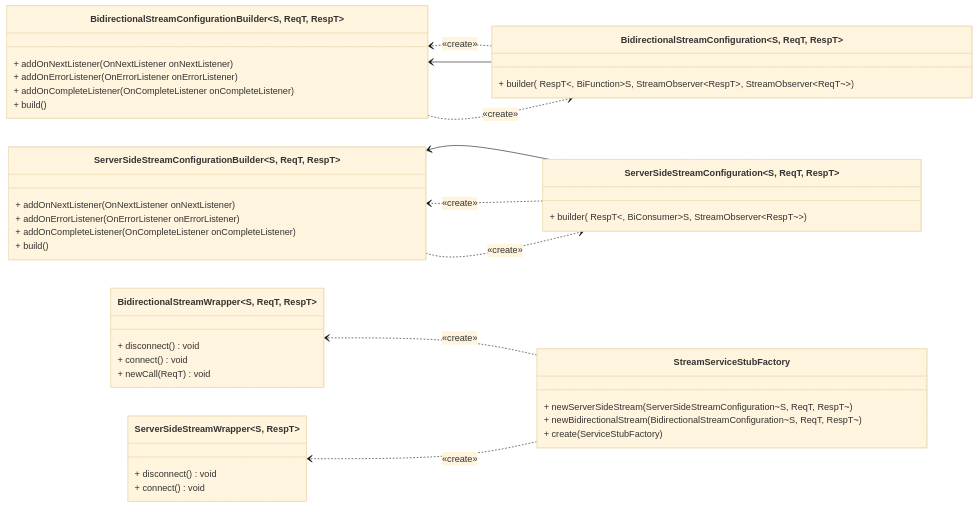
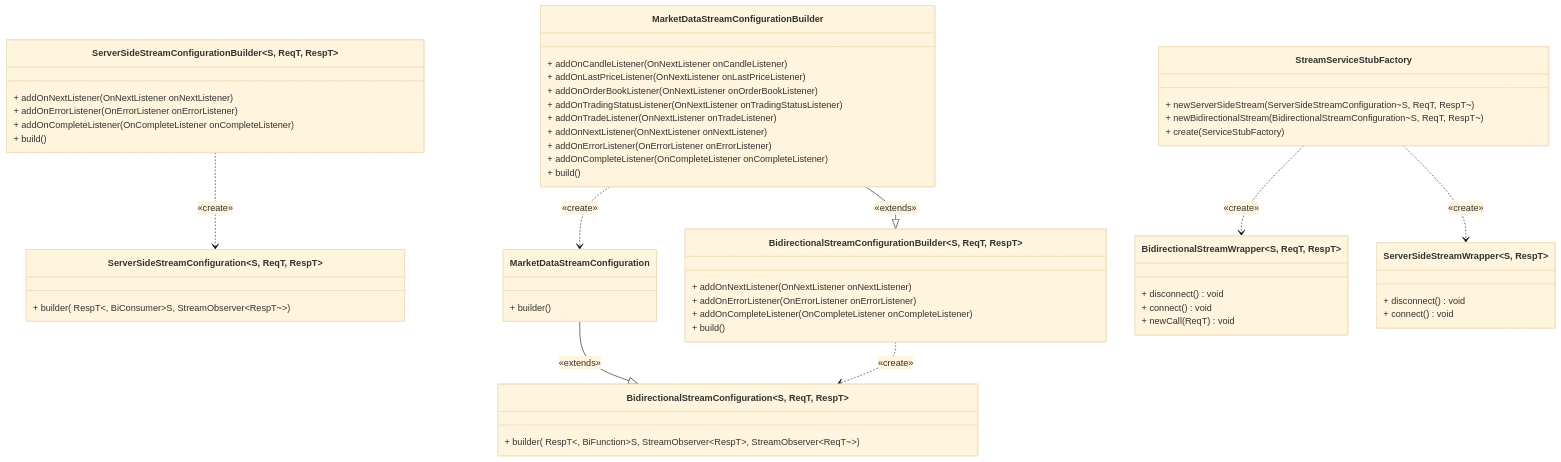
The second of 3 diagrams in core/README.md (RussianInvestments/invest-api-java-sdk), drawn with Mermaid (base theme) before and after one commit. The commit also changed other lines of this file and 2 other files, not shown here.

````diff
--- a/core/README.md
+++ b/core/README.md
@@ -131,45 +163,58 @@
 ```mermaid
 classDiagram
-direction RL
+direction TB
 class BidirectionalStreamConfiguration~S, ReqT, RespT~ {
   + builder(Function~Channel, S~, MethodDescriptor~ReqT, RespT~, BiFunction~S, StreamObserver~RespT~, StreamObserver~ReqT~~)
+}
+class MarketDataStreamConfiguration {
+  + builder()
 }
 class ServerSideStreamConfiguration~S, ReqT, RespT~ {
   + builder(Function~Channel, S~, MethodDescriptor~ReqT, RespT~, BiConsumer~S, StreamObserver~RespT~~)
 }
 class BidirectionalStreamWrapper~S, ReqT, RespT~ {
   + disconnect() void
   + connect() void
   + newCall(ReqT) void
 }
 class ServerSideStreamConfigurationBuilder~S, ReqT, RespT~ {
   + addOnNextListener(OnNextListener onNextListener)
   + addOnErrorListener(OnErrorListener onErrorListener)
   + addOnCompleteListener(OnCompleteListener onCompleteListener)
   + build()
 }
 class BidirectionalStreamConfigurationBuilder~S, ReqT, RespT~ {
   + addOnNextListener(OnNextListener onNextListener)
   + addOnErrorListener(OnErrorListener onErrorListener)
   + addOnCompleteListener(OnCompleteListener onCompleteListener)
   + build()
 }
+class MarketDataStreamConfigurationBuilder {
+  + addOnCandleListener(OnNextListener onCandleListener)
+  + addOnLastPriceListener(OnNextListener onLastPriceListener)
+  + addOnOrderBookListener(OnNextListener onOrderBookListener)
+  + addOnTradingStatusListener(OnNextListener onTradingStatusListener)
+  + addOnTradeListener(OnNextListener onTradeListener)
+  + addOnNextListener(OnNextListener onNextListener)
+  + addOnErrorListener(OnErrorListener onErrorListener)
+  + addOnCompleteListener(OnCompleteListener onCompleteListener)
+  + build()
+}
 class ServerSideStreamWrapper~S, RespT~ {
   + disconnect() void
   + connect() void
 }
 class StreamServiceStubFactory {
   + newServerSideStream(ServerSideStreamConfiguration~S, ReqT, RespT~)
   + newBidirectionalStream(BidirectionalStreamConfiguration~S, ReqT, RespT~)
   + create(ServiceStubFactory)
 }
 
-BidirectionalStreamConfiguration~S, ReqT, RespT~  ..>  BidirectionalStreamConfigurationBuilder~S, ReqT, RespT~ : «create»
-BidirectionalStreamConfiguration~S, ReqT, RespT~  -->  BidirectionalStreamConfigurationBuilder~S, ReqT, RespT~
-BidirectionalStreamConfigurationBuilder~S, ReqT, RespT~  ..>  BidirectionalStreamConfiguration~S, ReqT, RespT~ : «create»
-ServerSideStreamConfiguration~S, ReqT, RespT~  -->  ServerSideStreamConfigurationBuilder~S, ReqT, RespT~
-ServerSideStreamConfigurationBuilder~S, ReqT, RespT~  ..>  ServerSideStreamConfiguration~S, ReqT, RespT~ : «create»
-ServerSideStreamConfiguration~S, ReqT, RespT~  ..>  ServerSideStreamConfigurationBuilder~S, ReqT, RespT~ : «create»
-StreamServiceStubFactory  ..>  BidirectionalStreamWrapper~S, ReqT, RespT~ : «create»
-StreamServiceStubFactory  ..>  ServerSideStreamWrapper~S, RespT~ : «create»
+BidirectionalStreamConfigurationBuilder ..> BidirectionalStreamConfiguration : «create»
+MarketDataStreamConfigurationBuilder ..> MarketDataStreamConfiguration : «create»
+ServerSideStreamConfigurationBuilder ..> ServerSideStreamConfiguration: «create»
+MarketDataStreamConfigurationBuilder --|> BidirectionalStreamConfigurationBuilder : «extends»
+MarketDataStreamConfiguration --|> BidirectionalStreamConfiguration: «extends»
+StreamServiceStubFactory ..> BidirectionalStreamWrapper : «create»
+StreamServiceStubFactory ..> ServerSideStreamWrapper : «create»
 ```
````
